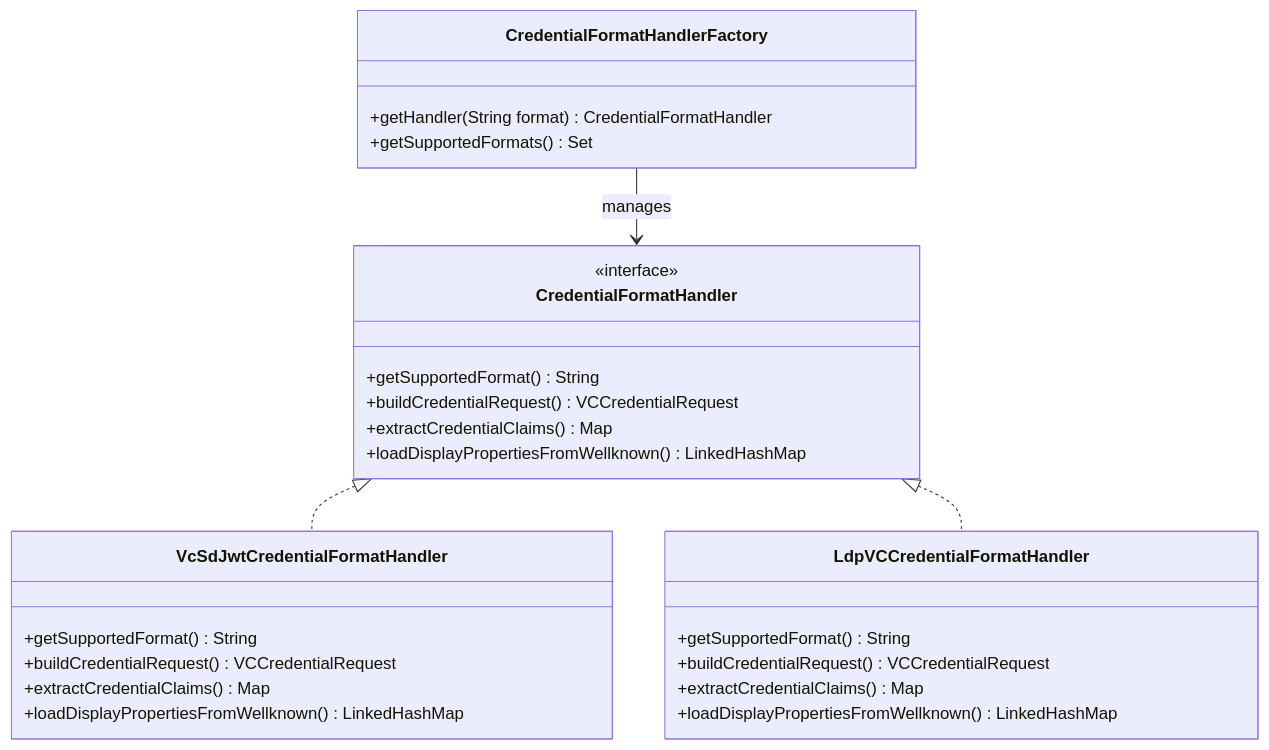
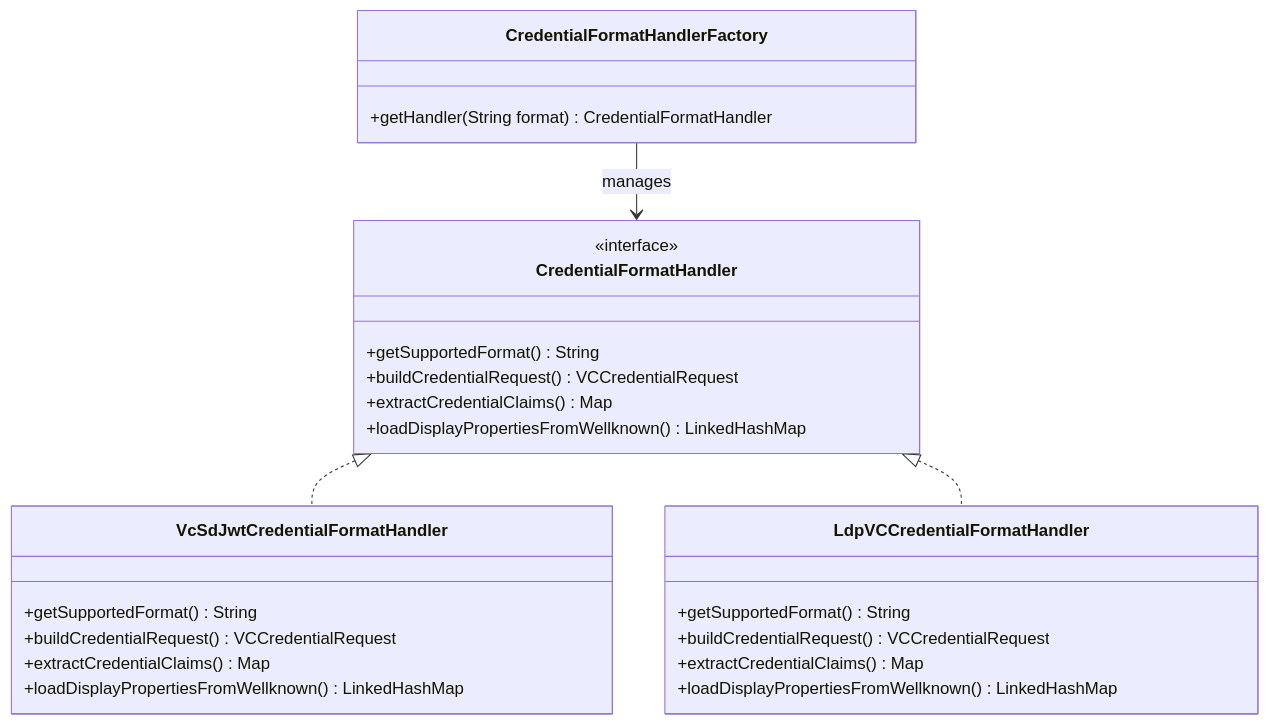
The second of 2 diagrams in docs/VCFormatExtension.md (mosip/mimoto), drawn with Mermaid before and after one commit. The commit also changed other lines of this file, not shown here.

````diff
--- a/docs/VCFormatExtension.md
+++ b/docs/VCFormatExtension.md
@@ -33,33 +34,32 @@
 ```mermaid
 classDiagram
     class CredentialFormatHandler {
         <<interface>>
         +getSupportedFormat() String
         +buildCredentialRequest() VCCredentialRequest
         +extractCredentialClaims() Map
         +loadDisplayPropertiesFromWellknown() LinkedHashMap
     }
     
     class CredentialFormatHandlerFactory {
         +getHandler(String format) CredentialFormatHandler
-        +getSupportedFormats() Set
     }
     
     class VcSdJwtCredentialFormatHandler {
         +getSupportedFormat() String
         +buildCredentialRequest() VCCredentialRequest
         +extractCredentialClaims() Map
         +loadDisplayPropertiesFromWellknown() LinkedHashMap
     }
     
     class LdpVCCredentialFormatHandler {
         +getSupportedFormat() String
         +buildCredentialRequest() VCCredentialRequest
         +extractCredentialClaims() Map
         +loadDisplayPropertiesFromWellknown() LinkedHashMap
     }
     
     CredentialFormatHandlerFactory --> CredentialFormatHandler : manages
     CredentialFormatHandler <|.. VcSdJwtCredentialFormatHandler
     CredentialFormatHandler <|.. LdpVCCredentialFormatHandler
  ```   
````
